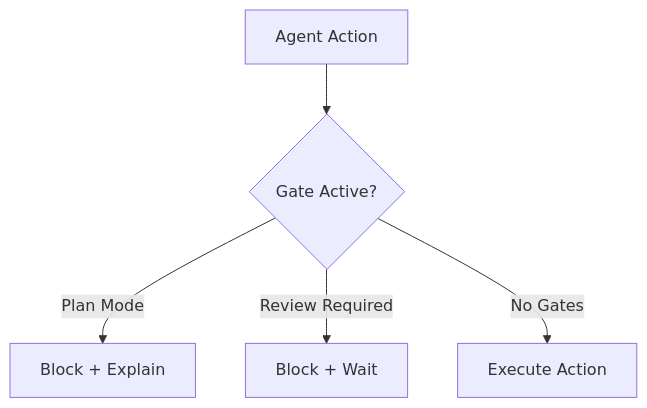
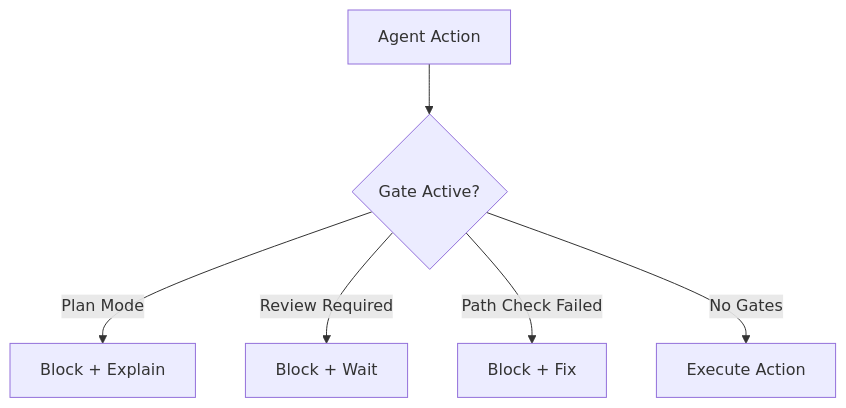
The fifth of 6 diagrams in docs/agenticflowx/agenticflowx.md (rixrix/afx), drawn with Mermaid before and after one commit. The commit also changed other lines of this file and 9 other files, not shown here.

````diff
--- a/docs/agenticflowx/agenticflowx.md
+++ b/docs/agenticflowx/agenticflowx.md
@@ -281,7 +214,8 @@
 ```mermaid
 flowchart TD
     ACTION[Agent Action] --> CHECK{Gate Active?}
     CHECK -->|Plan Mode| BLOCK1[Block + Explain]
     CHECK -->|Review Required| BLOCK2[Block + Wait]
+    CHECK -->|Path Check Failed| BLOCK3[Block + Fix]
     CHECK -->|No Gates| PROCEED[Execute Action]
 ```
````
